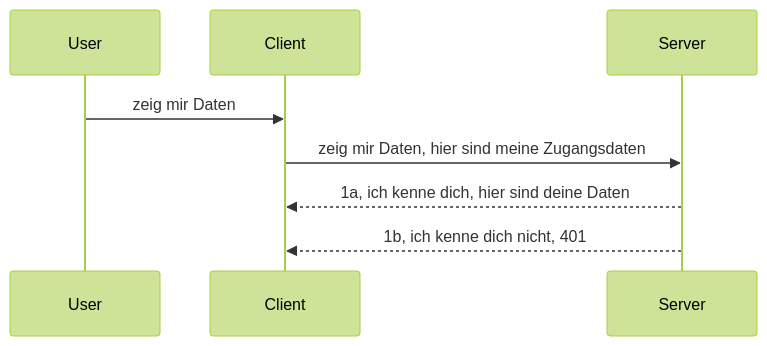
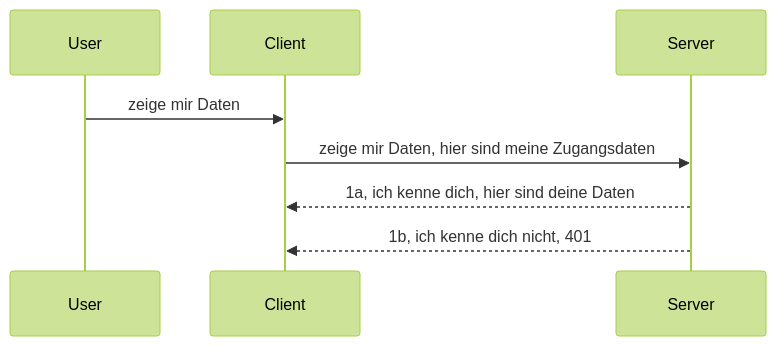
The diagram in translations/de/03-GettingStarted/11-simple-auth/README.md (microsoft/mcp-for-beginners), drawn with Mermaid (forest theme) before and after one commit. The commit also changed other lines of this file and 50 other files, not shown here.

````diff
--- a/translations/de/03-GettingStarted/11-simple-auth/README.md
+++ b/translations/de/03-GettingStarted/11-simple-auth/README.md
@@ -24,11 +24,11 @@
 ```mermaid
 sequenceDiagram
    participant User
    participant Client
    participant Server
 
-   User->>Client: zeig mir Daten
-   Client->>Server: zeig mir Daten, hier sind meine Zugangsdaten
+   User->>Client: zeige mir Daten
+   Client->>Server: zeige mir Daten, hier sind meine Zugangsdaten
    Server-->>Client: 1a, ich kenne dich, hier sind deine Daten
    Server-->>Client: 1b, ich kenne dich nicht, 401 
 ```
````
